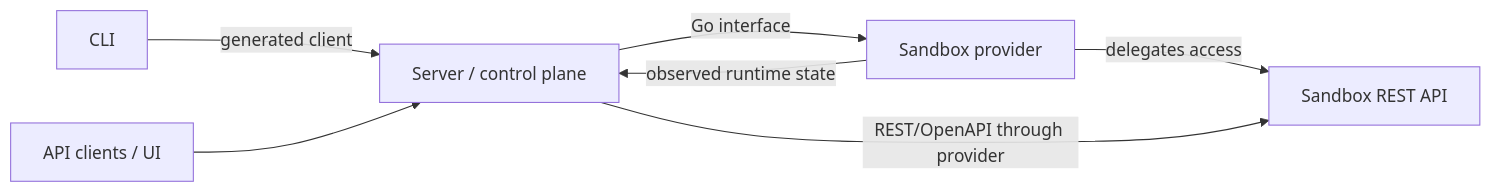
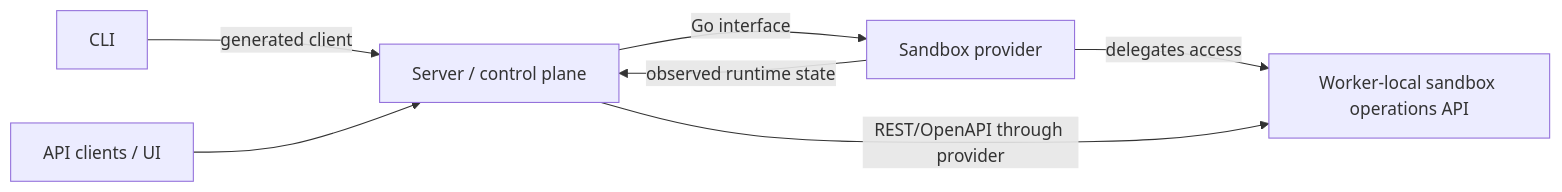
One commit to discobox-ai/discobox changed the first of 2 diagrams in DESIGN.md. Above: the diagram before and after it, drawn with Mermaid. The commit also changed other lines of this file and 163 other files, not shown here.

````diff
--- a/DESIGN.md
+++ b/DESIGN.md
@@ -24,9 +26,9 @@
 ```mermaid
 flowchart LR
     cli[CLI] -->|generated client| server[Server / control plane]
     clients[API clients / UI] --> server
     server -->|Go interface| provider[Sandbox provider]
-    provider -->|delegates access| sandbox[Sandbox REST API]
+    provider -->|delegates access| sandbox[Worker-local sandbox operations API]
     server -->|REST/OpenAPI through provider| sandbox
     provider -->|observed runtime state| server
 ```
````
